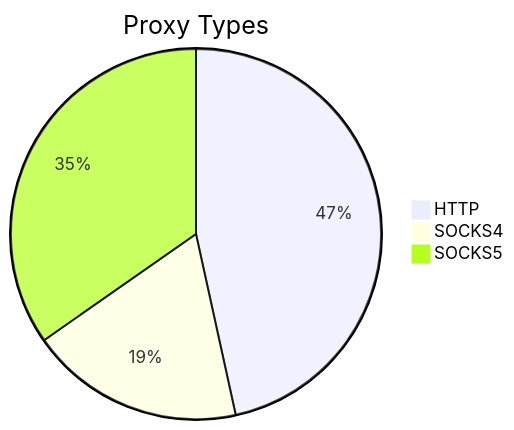
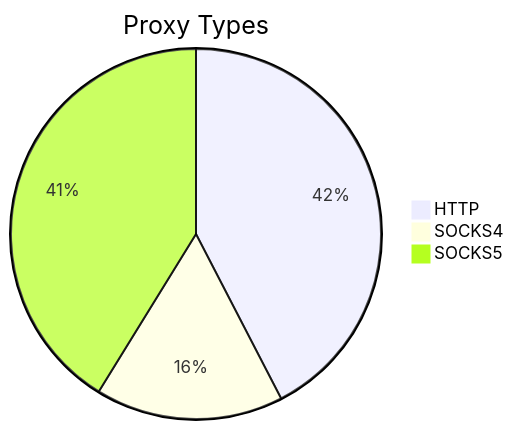
The first of 2 diagrams in README.md (stormsia/proxy-list), drawn with Mermaid before and after one commit. The commit also changed other lines of this file, not shown here.

````diff
--- a/README.md
+++ b/README.md
@@ -21,6 +21,6 @@
 ```mermaid
 pie title Proxy Types
-    "HTTP" : 169
-    "SOCKS4" : 68
-    "SOCKS5" : 126
+    "HTTP" : 106
+    "SOCKS4" : 41
+    "SOCKS5" : 103
 ```
````
